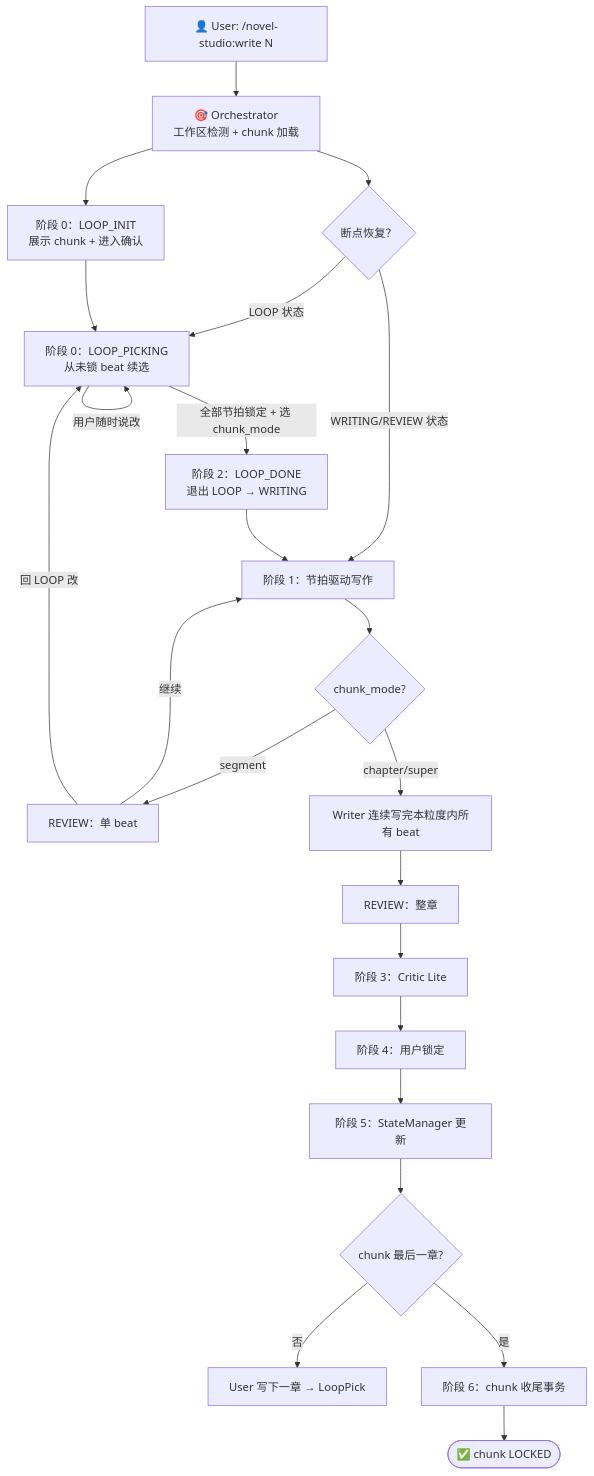
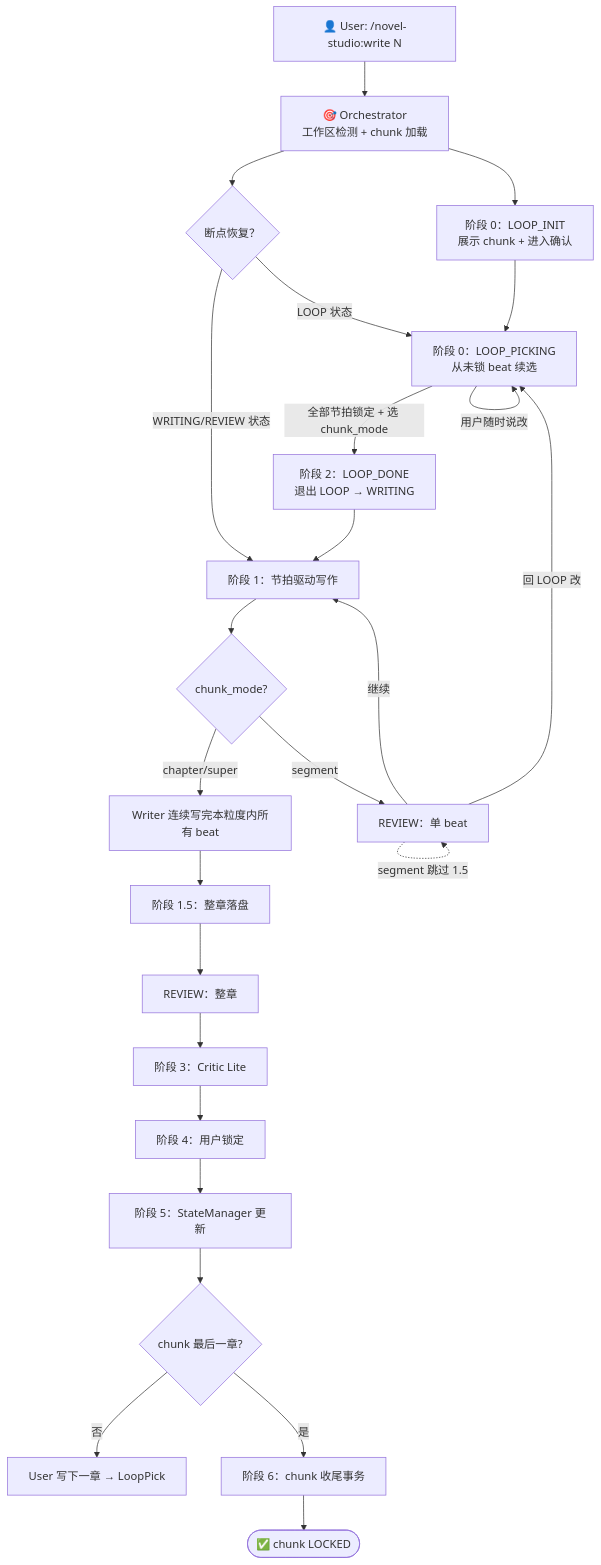
Before and after one commit to deathwhispers/novel-studio: the diagram in workflow-specs/write-chapter.md, drawn with Mermaid. The commit also changed other lines of this file and 4 other files, not shown here.

````diff
--- a/workflow-specs/write-chapter.md
+++ b/workflow-specs/write-chapter.md
@@ -10,36 +10,38 @@
 ```mermaid
 flowchart TD
     User["👤 User: /novel-studio:write N"]
     Orchestrator["🎯 Orchestrator<br/>工作区检测 + chunk 加载"]
 
     User --> Orchestrator
 
     Orchestrator --> LoopInit["阶段 0：LOOP_INIT<br/>展示 chunk + 进入确认"]
     Orchestrator --> Resume{"断点恢复？"}
     Resume -->|"LOOP 状态"| LoopPick["阶段 0：LOOP_PICKING<br/>从未锁 beat 续选"]
     Resume -->|"WRITING/REVIEW 状态"| Write["阶段 1：节拍驱动写作"]
 
     LoopInit --> LoopPick
     LoopPick -->|"全部节拍锁定 + 选 chunk_mode"| LoopDone["阶段 2：LOOP_DONE<br/>退出 LOOP → WRITING"]
     LoopPick -->|"用户随时说改"| LoopPick
 
     LoopDone --> Write
 
     Write --> SegmentCheck{"chunk_mode?"}
     SegmentCheck -->|"segment"| BeatReview["REVIEW：单 beat"]
     SegmentCheck -->|"chapter/super"| AutoContinue["Writer 连续写完本粒度内所有 beat"]
 
     BeatReview -->|"继续"| Write
     BeatReview -->|"回 LOOP 改"| LoopPick
 
-    AutoContinue --> ChapterDone["REVIEW：整章"]
+    AutoContinue --> ChapterSave["阶段 1.5：整章落盘"]
+    ChapterSave --> ChapterDone["REVIEW：整章"]
+    BeatReview -.->|"segment 跳过 1.5"| BeatReview
     ChapterDone --> CriticLite["阶段 3：Critic Lite"]
     CriticLite --> Lock["阶段 4：用户锁定"]
     Lock --> StateUpdate["阶段 5：StateManager 更新"]
 
     StateUpdate --> ChapterEnd{"chunk 最后一章?"}
     ChapterEnd -->|"否"| UserNext["User 写下一章 → LoopPick"]
     ChapterEnd -->|"是"| ChunkClose["阶段 6：chunk 收尾事务"]
 
     ChunkClose --> Done(["✅ chunk LOCKED"])
 ```
````
